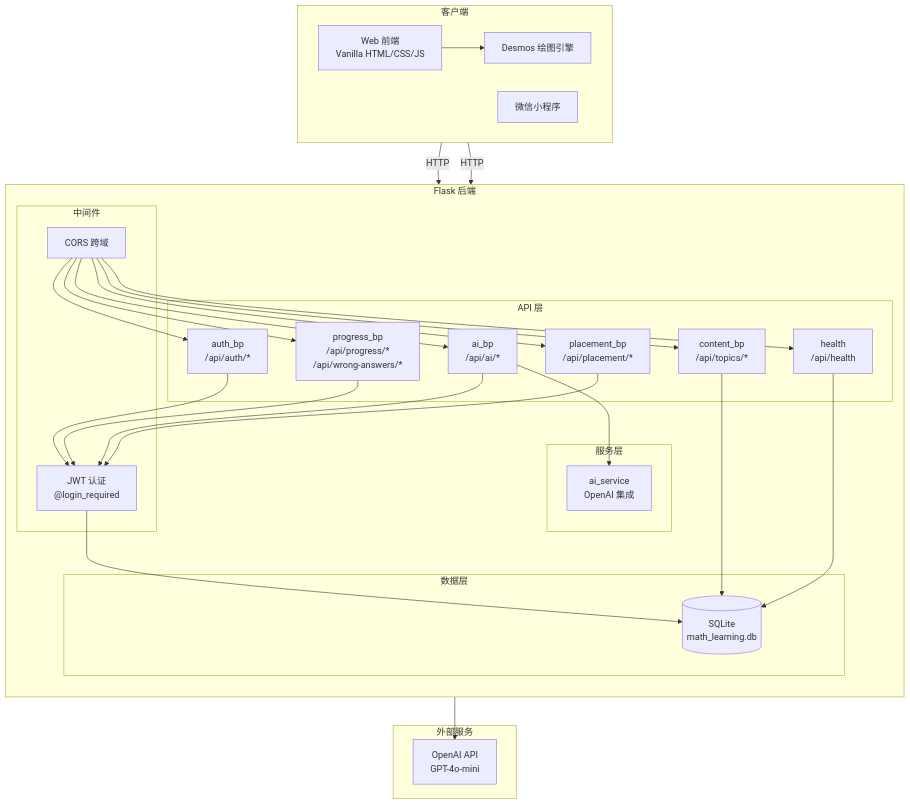
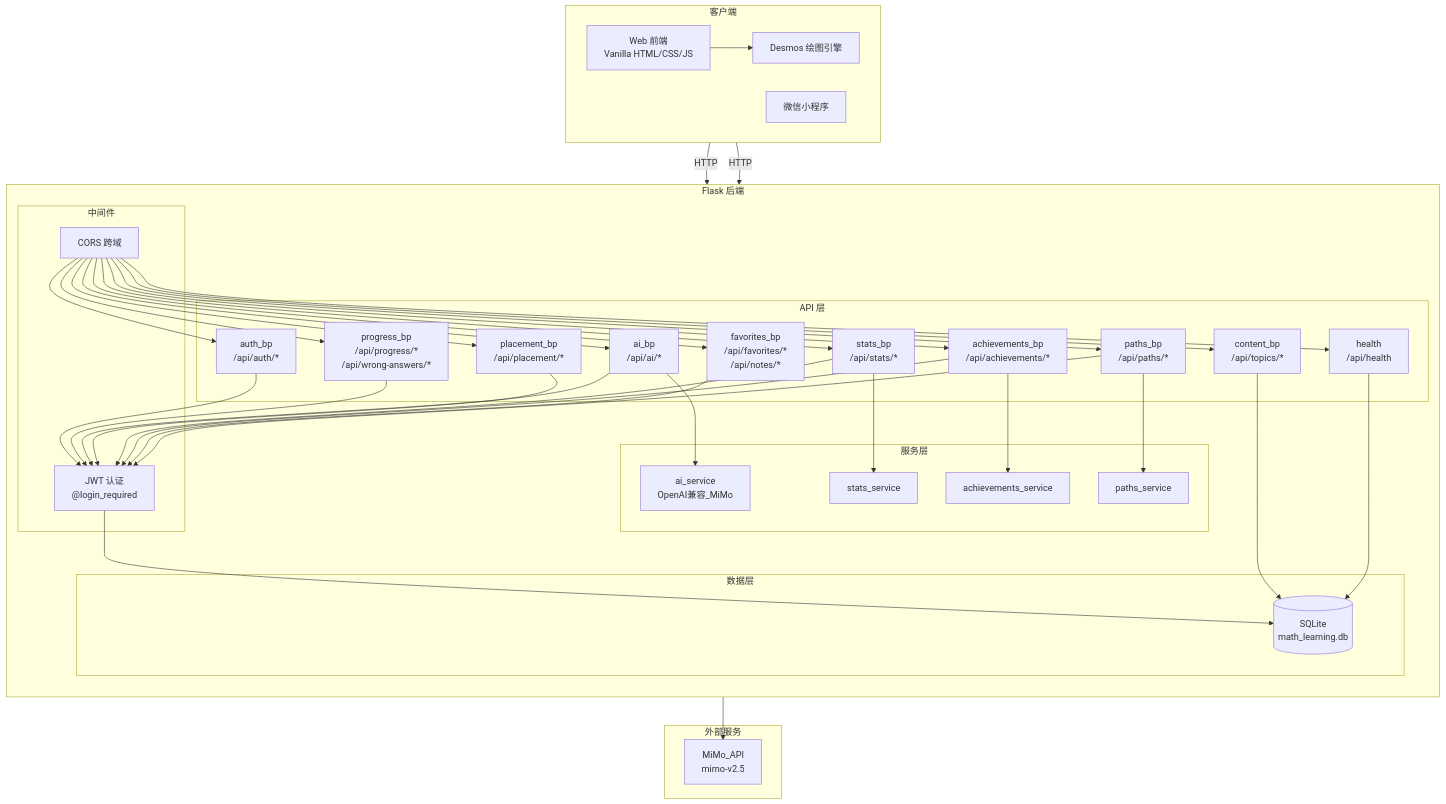
The third of 6 diagrams in ARCHITECTURE.md (sunzhenzhen2-hub/math-first-principles), drawn with Mermaid before and after one commit. The commit also changed other lines of this file and 12 other files, not shown here.

````diff
--- a/ARCHITECTURE.md
+++ b/ARCHITECTURE.md
@@ -93,46 +93,56 @@
 ```mermaid
 graph TB
     subgraph 客户端
         direction LR
         FW[Web 前端<br/>Vanilla HTML/CSS/JS]
         MP[微信小程序]
         DM[Desmos 绘图引擎]
     end
 
     subgraph Flask 后端
         direction TB
         subgraph API 层
             R1[auth_bp<br/>/api/auth/*]
             R2[content_bp<br/>/api/topics/*]
             R3[progress_bp<br/>/api/progress/*<br/>/api/wrong-answers/*]
             R4[ai_bp<br/>/api/ai/*]
             R5[placement_bp<br/>/api/placement/*]
             R6[health<br/>/api/health]
+            R7[stats_bp<br/>/api/stats/*]
+            R8[achievements_bp<br/>/api/achievements/*]
+            R9[favorites_bp<br/>/api/favorites/*<br/>/api/notes/*]
+            R10[paths_bp<br/>/api/paths/*]
         end
         subgraph 中间件
             MW1[CORS 跨域]
             MW2[JWT 认证<br/>@login_required]
         end
         subgraph 服务层
-            SV1[ai_service<br/>OpenAI 集成]
+            SV1[ai_service<br/>OpenAI兼容_MiMo]
+            SV2[stats_service]
+            SV3[achievements_service]
+            SV4[paths_service]
         end
         subgraph 数据层
             DB[(SQLite<br/>math_learning.db)]
         end
     end
 
     subgraph 外部服务
-        EXT1[OpenAI API<br/>GPT-4o-mini]
+        EXT1[MiMo_API<br/>mimo-v2.5]
     end
 
     FW -->|HTTP| MW1
     MP -->|HTTP| MW1
-    MW1 --> R1 & R2 & R3 & R4 & R5 & R6
-    R1 & R3 & R4 & R5 --> MW2
+    MW1 --> R1 & R2 & R3 & R4 & R5 & R6 & R7 & R8 & R9 & R10
+    R1 & R3 & R4 & R5 & R7 & R8 & R9 & R10 --> MW2
     MW2 --> DB
     R2 --> DB
     R6 --> DB
     R4 --> SV1
+    R7 --> SV2
+    R8 --> SV3
+    R10 --> SV4
     SV1 --> EXT1
     FW --> DM
 ```
````
